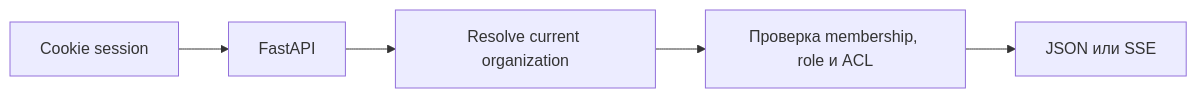
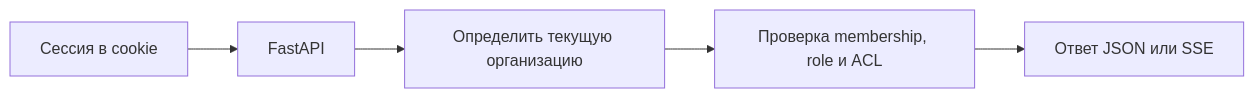
One commit to vladweat/docwise changed the diagram in docs/engineering/api.md. Above: the diagram before and after it, drawn with Mermaid. The commit also changed other lines of this file and 51 other files, not shown here.

````diff
--- a/docs/engineering/api.md
+++ b/docs/engineering/api.md
@@ -16,7 +16,7 @@
 ```mermaid
 flowchart LR
-  Client[Cookie session] --> API[FastAPI]
-  API --> Scope[Resolve current organization]
+  Client[Сессия в cookie] --> API[FastAPI]
+  API --> Scope[Определить текущую организацию]
   Scope --> Route[Проверка membership, role и ACL]
-  Route --> Result[JSON или SSE]
+  Route --> Result[Ответ JSON или SSE]
 ```
````
